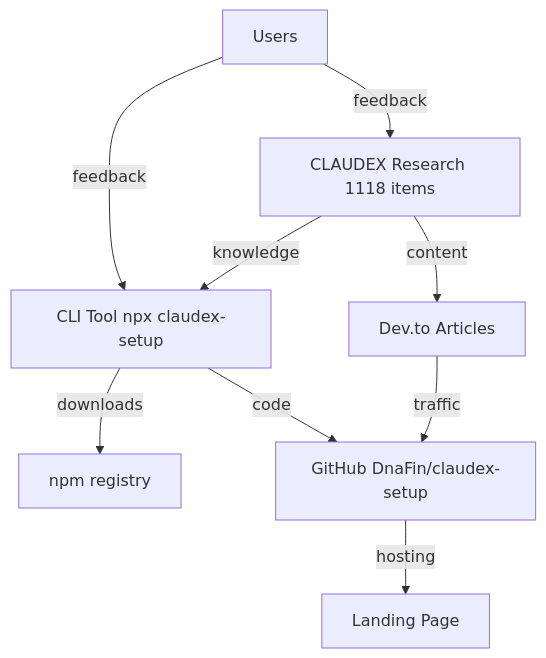
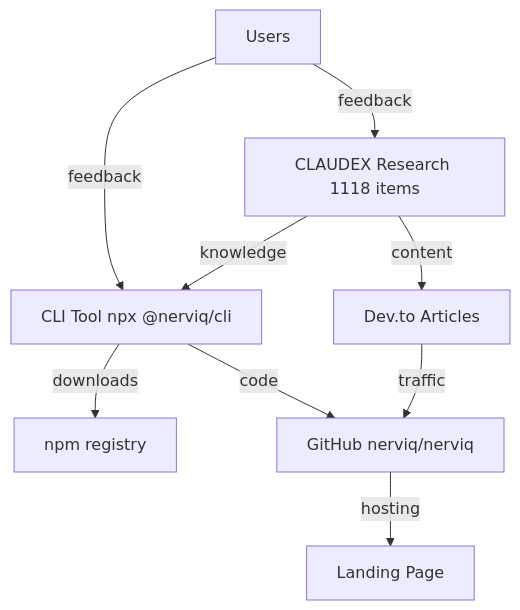
The diagram in CLAUDE.md (DnaFin/claudex-setup), drawn with Mermaid before and after one commit. The commit also changed other lines of this file and 25 other files, not shown here.

First line of the commit message:
MG5-MG11: Complete CLAUDEX → NERVIQ migration in CLI codebase

````diff
--- a/CLAUDE.md
+++ b/CLAUDE.md
@@ -52,11 +52,11 @@
 ```mermaid
 graph TD
-    CLAUDEX[CLAUDEX Research 1118 items] -->|knowledge| CLI[CLI Tool npx claudex-setup]
+    CLAUDEX[CLAUDEX Research 1118 items] -->|knowledge| CLI[CLI Tool npx @nerviq/cli]
     CLI -->|downloads| NPM[npm registry]
-    CLI -->|code| GH[GitHub DnaFin/claudex-setup]
+    CLI -->|code| GH[GitHub nerviq/nerviq]
     GH -->|hosting| LP[Landing Page]
     CLAUDEX -->|content| DT[Dev.to Articles]
     DT -->|traffic| GH
     Users -->|feedback| CLI
     Users -->|feedback| CLAUDEX
 ```
````
